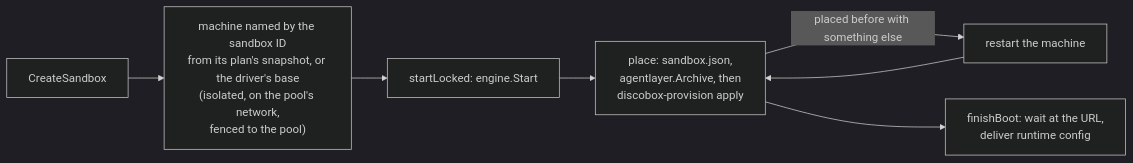
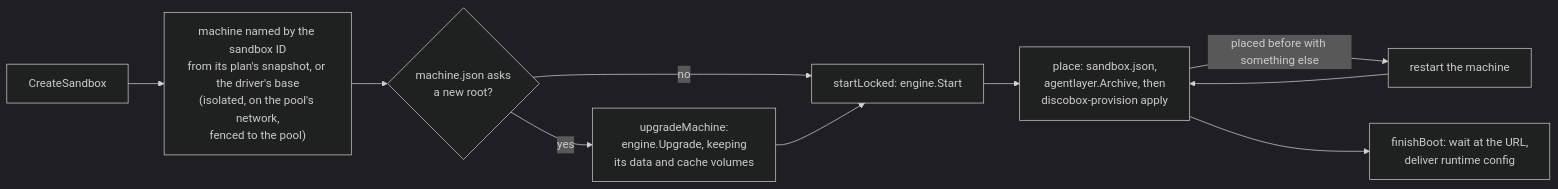
Before and after one commit to discobox-ai/discobox: the fourth of 13 diagrams in pool-agent/DESIGN.md, drawn with Mermaid (dark theme). The commit also changed other lines of this file and 11 other files, not shown here.

First line of the commit message:
feat(pool-agent): a machine sandbox is rebuilt on a new root, keeping its volumes

````diff
--- a/pool-agent/DESIGN.md
+++ b/pool-agent/DESIGN.md
@@ -944,9 +944,12 @@
 ```mermaid
 flowchart LR
     create["CreateSandbox"] --> inst["machine named by the sandbox ID\nfrom its plan's snapshot, or the driver's base\n(isolated, on the pool's network,\nfenced to the pool)"]
-    inst --> start["startLocked: engine.Start"]
+    inst --> newroot{"machine.json asks\na new root?"}
+    newroot -->|yes| upgrade["upgradeMachine:\nengine.Upgrade, keeping\nits data and cache volumes"]
+    newroot -->|no| start["startLocked: engine.Start"]
+    upgrade --> start
     start --> place["place: sandbox.json,\nagentlayer.Archive, then\ndiscobox-provision apply"]
     place -->|"placed before with something else"| restart["restart the machine"]
     restart --> place
     place --> boot["finishBoot: wait at the URL,\ndeliver runtime config"]
 ```
````
